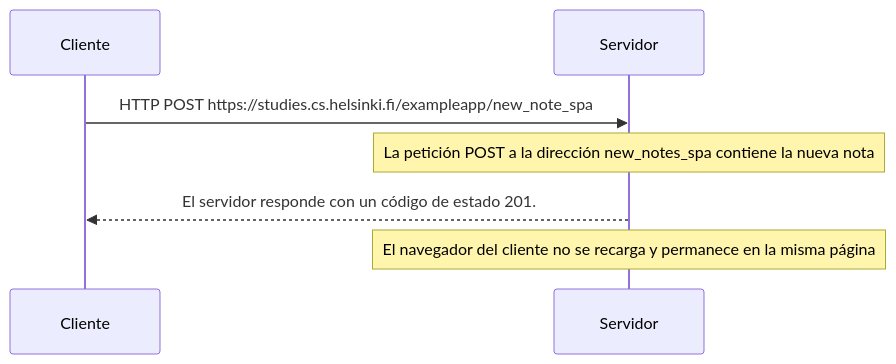
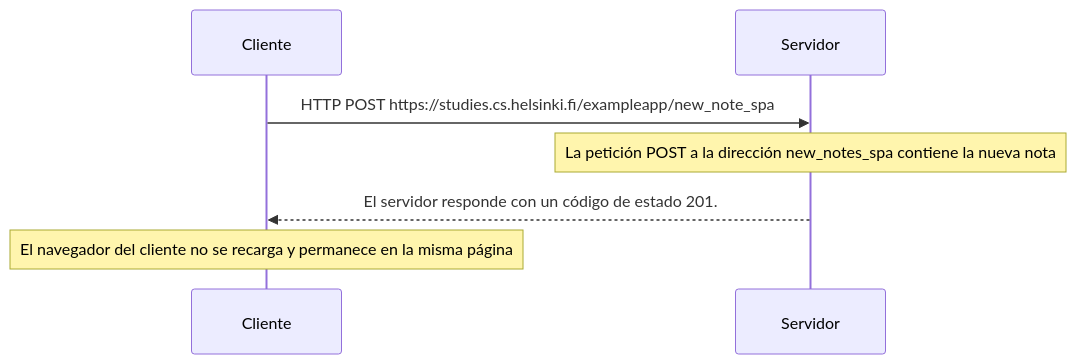
Before and after one commit to SebastianPera/Fullstackopen: the diagram in part0/0.6: Nueva nota en diagrama de aplicación de una sola pagina.mmd, drawn with Mermaid.

Commit message:
Update 0.6: Nueva nota en diagrama de aplicación de una sola pagina.mmd

```diff
--- a/part0/0.6: Nueva nota en diagrama de aplicación de una sola pagina.mmd
+++ b/part0/0.6: Nueva nota en diagrama de aplicación de una sola pagina.mmd
@@ -1,8 +1,8 @@
 sequenceDiagram
     participant Cliente
     participant Servidor
 
     Cliente->>Servidor: HTTP POST https://studies.cs.helsinki.fi/exampleapp/new_note_spa
     Note over Servidor: La petición POST a la dirección new_notes_spa contiene la nueva nota
     Servidor-->>Cliente: El servidor responde con un código de estado 201. 
-    Note over Servidor: El navegador del cliente no se recarga y permanece en la misma página
+    Note over Cliente: El navegador del cliente no se recarga y permanece en la misma página
```
